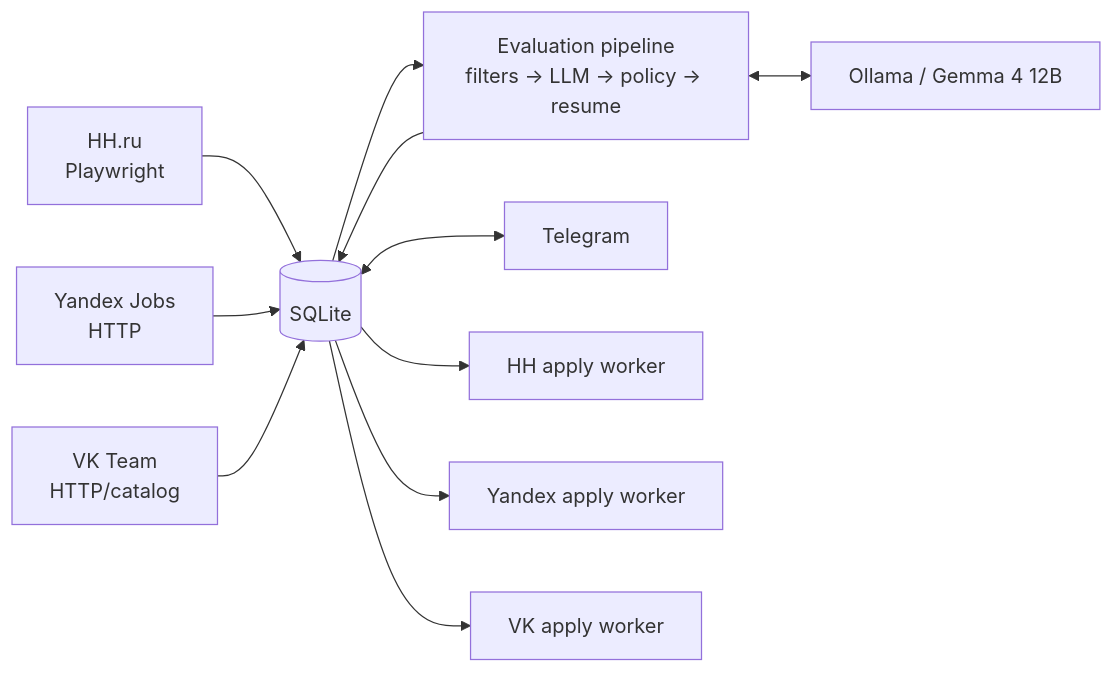
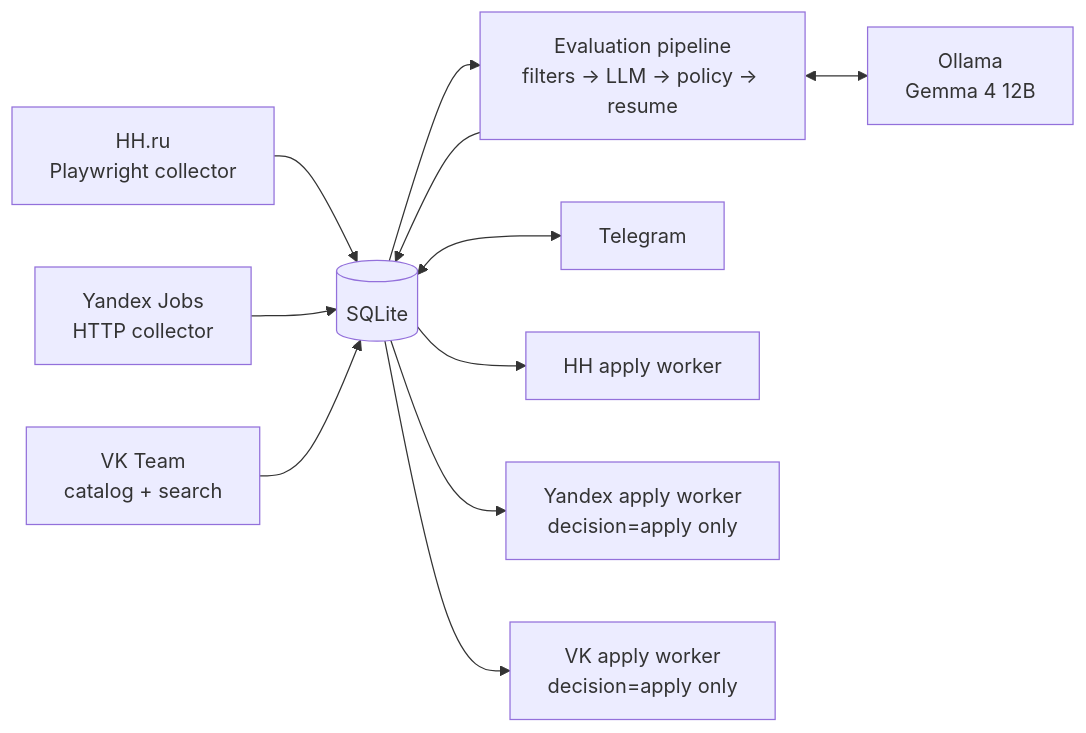
One commit to Xander-Rude/hh-agent changed the first of 2 diagrams in README.md. Above: the diagram before and after it, drawn with Mermaid. The commit also changed other lines of this file, not shown here.

````diff
--- a/README.md
+++ b/README.md
@@ -35,13 +36,13 @@
 ```mermaid
 flowchart LR
-    HH[HH.ru\nPlaywright] --> DB[(SQLite)]
-    YA[Yandex Jobs\nHTTP] --> DB
-    VK[VK Team\nHTTP/catalog] --> DB
-    DB --> EVAL[Evaluation pipeline\nfilters → LLM → policy → resume]
-    EVAL <--> LLM[Ollama / Gemma 4 12B]
+    HH[HH.ru<br/>Playwright collector] --> DB[(SQLite)]
+    YA[Yandex Jobs<br/>HTTP collector] --> DB
+    VK[VK Team<br/>catalog + search] --> DB
+    DB --> EVAL[Evaluation pipeline<br/>filters → LLM → policy → resume]
+    EVAL <--> LLM[Ollama<br/>Gemma 4 12B]
     EVAL --> DB
     DB <--> TG[Telegram]
     DB --> HHA[HH apply worker]
-    DB --> YAA[Yandex apply worker]
-    DB --> VKA[VK apply worker]
+    DB --> YAA[Yandex apply worker<br/>decision=apply only]
+    DB --> VKA[VK apply worker<br/>decision=apply only]
 ```
````
